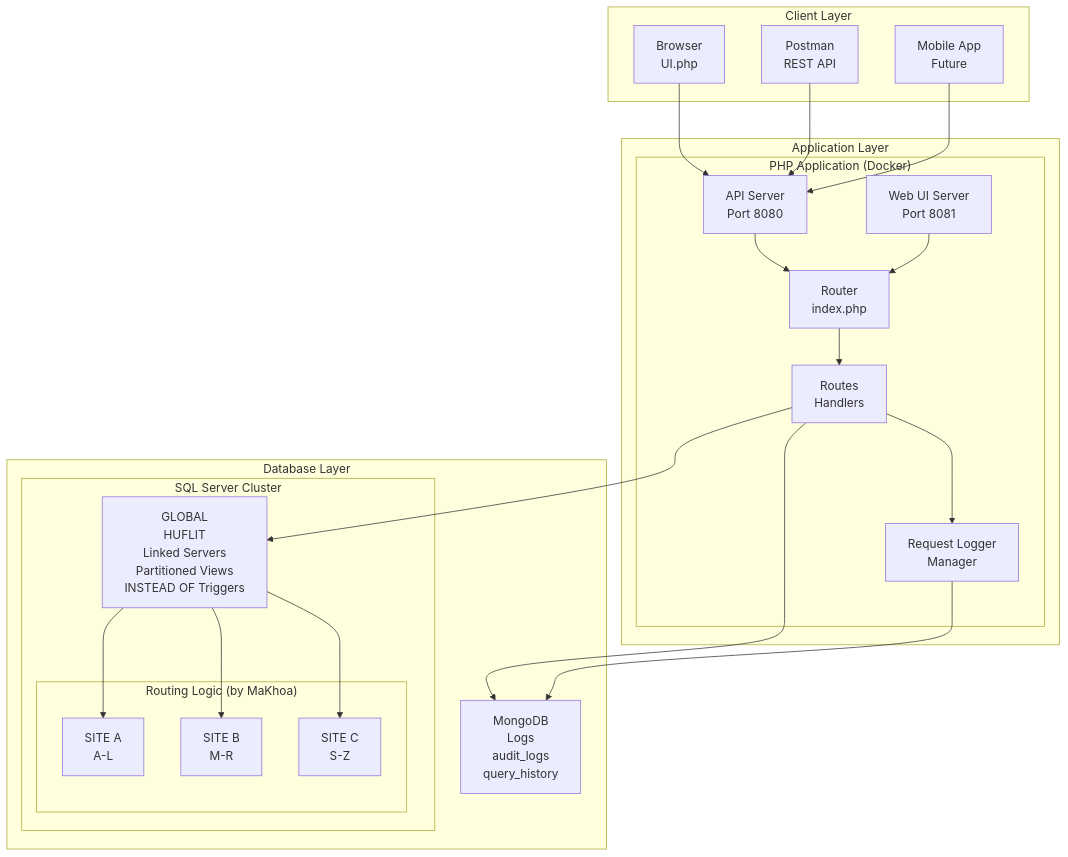
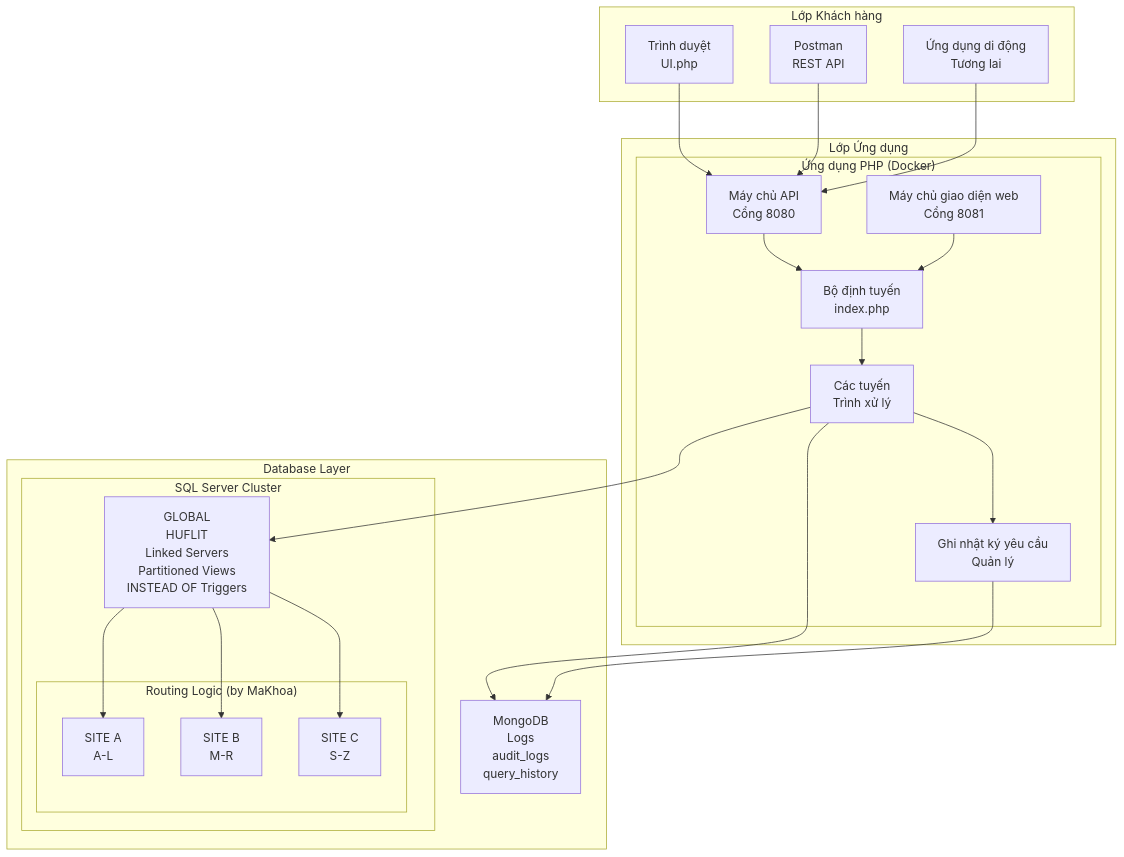
One commit to TienxDun/Distributed_Database changed the first of 6 diagrams in ARCHITECTURE.md. Above: the diagram before and after it, drawn with Mermaid. The commit also changed other lines of this file and 1 other file, not shown here.

````diff
--- a/ARCHITECTURE.md
+++ b/ARCHITECTURE.md
@@ -36,44 +36,44 @@
 ```mermaid
 graph TD
-    subgraph "Client Layer"
-        Browser[Browser<br/>UI.php]
+    subgraph "Lớp Khách hàng"
+        Browser[Trình duyệt<br/>UI.php]
         Postman[Postman<br/>REST API]
-        Mobile[Mobile App<br/>Future]
+        Mobile[Ứng dụng di động<br/>Tương lai]
     end
 
-    subgraph "Application Layer"
-        subgraph "PHP Application (Docker)"
-            API[API Server<br/>Port 8080]
-            UI[Web UI Server<br/>Port 8081]
-            Router[Router<br/>index.php]
-            Routes[Routes<br/>Handlers]
-            Logger[Request Logger<br/>Manager]
+    subgraph "Lớp Ứng dụng"
+        subgraph "Ứng dụng PHP (Docker)"
+            API[Máy chủ API<br/>Cổng 8080]
+            UI[Máy chủ giao diện web<br/>Cổng 8081]
+            Router[Bộ định tuyến<br/>index.php]
+            Routes[Các tuyến<br/>Trình xử lý]
+            Logger[Ghi nhật ký yêu cầu<br/>Quản lý]
         end
     end
 
     subgraph "Database Layer"
         subgraph "SQL Server Cluster"
             Global[GLOBAL<br/>HUFLIT<br/>Linked Servers<br/>Partitioned Views<br/>INSTEAD OF Triggers]
             subgraph "Routing Logic (by MaKhoa)"
                 SiteA[SITE A<br/>A-L]
                 SiteB[SITE B<br/>M-R]
                 SiteC[SITE C<br/>S-Z]
             end
         end
         Mongo[MongoDB<br/>Logs<br/>audit_logs<br/>query_history]
     end
 
     Browser --> API
     Postman --> API
     Mobile --> API
     API --> Router
     UI --> Router
     Router --> Routes
     Routes --> Logger
     Routes --> Global
     Global --> SiteA
     Global --> SiteB
     Global --> SiteC
     Routes --> Mongo
     Logger --> Mongo
 ```
````
